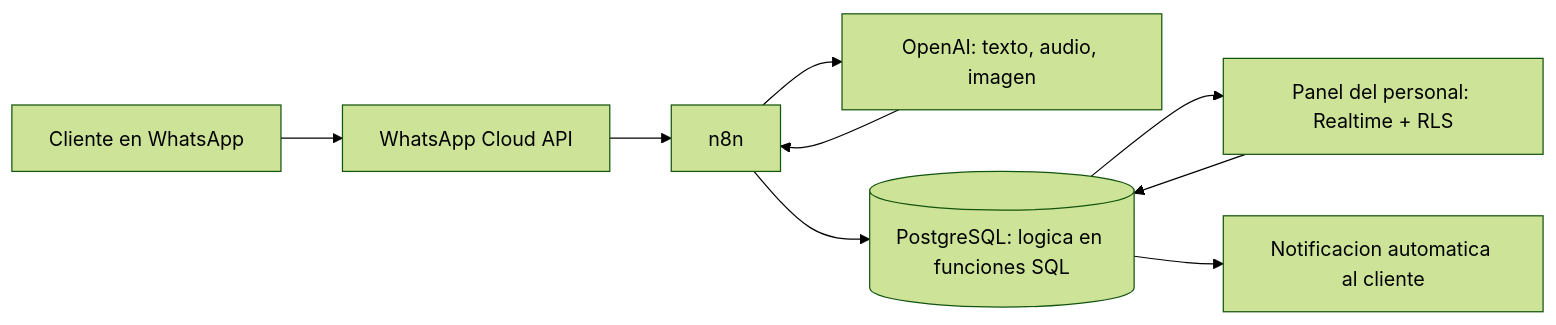
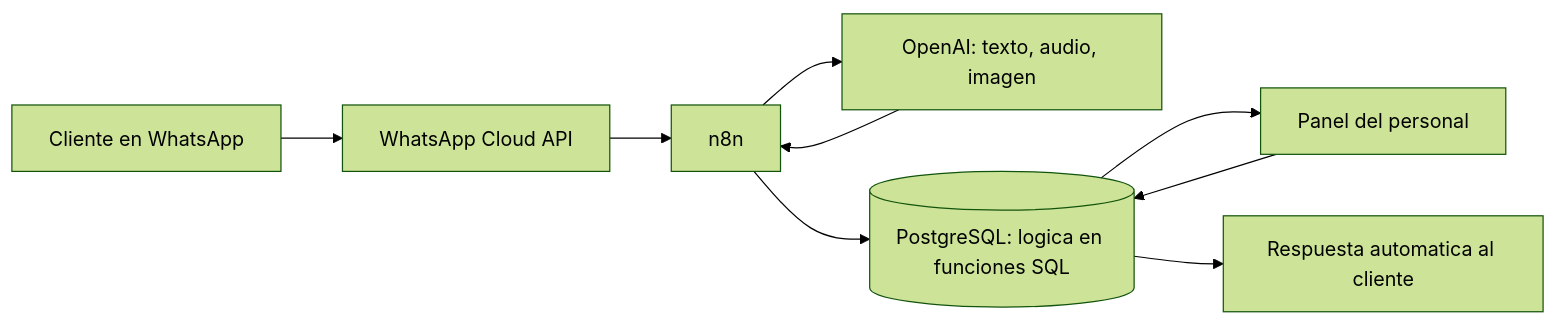
One commit to HebertCG/HebertCG changed the diagram in README.md. Above: the diagram before and after it, drawn with Mermaid (forest theme). The commit also changed other lines of this file, not shown here.

````diff
--- a/README.md
+++ b/README.md
@@ -94,11 +71,11 @@
 ```mermaid
 flowchart LR
   A["Cliente en WhatsApp"] --> B["WhatsApp Cloud API"]
   B --> C["n8n"]
   C --> D["OpenAI: texto, audio, imagen"]
   D --> C
   C --> E[("PostgreSQL: logica en funciones SQL")]
-  E --> F["Panel del personal: Realtime + RLS"]
+  E --> F["Panel del personal"]
   F --> E
-  E --> G["Notificacion automatica al cliente"]
+  E --> G["Respuesta automatica al cliente"]
 ```
````
